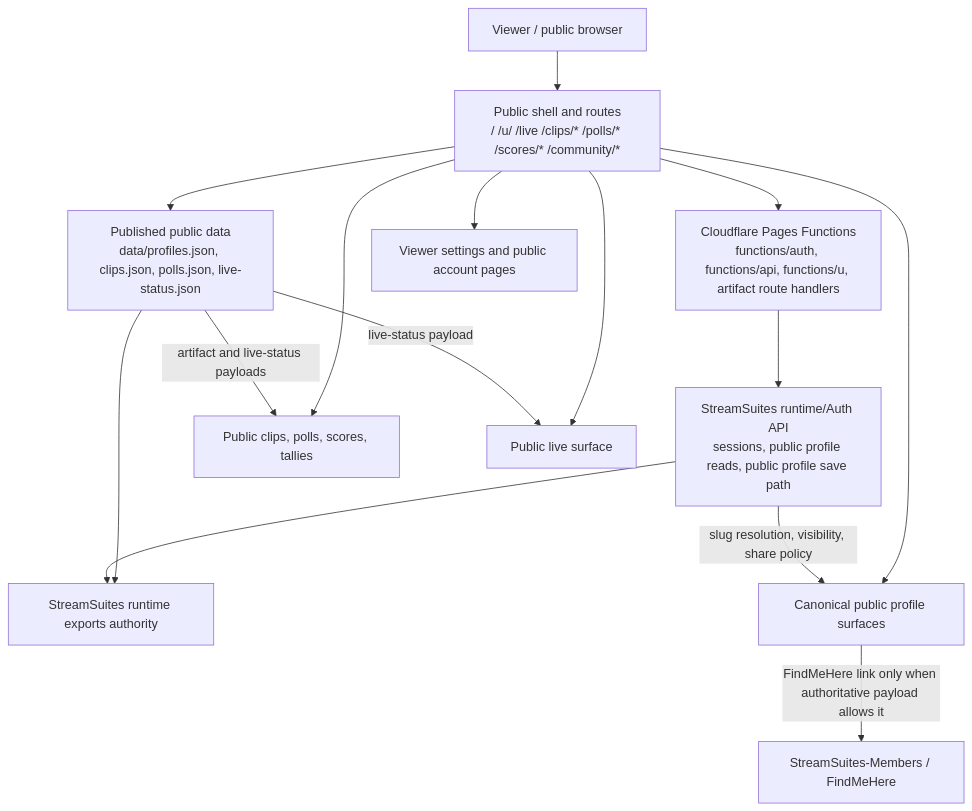
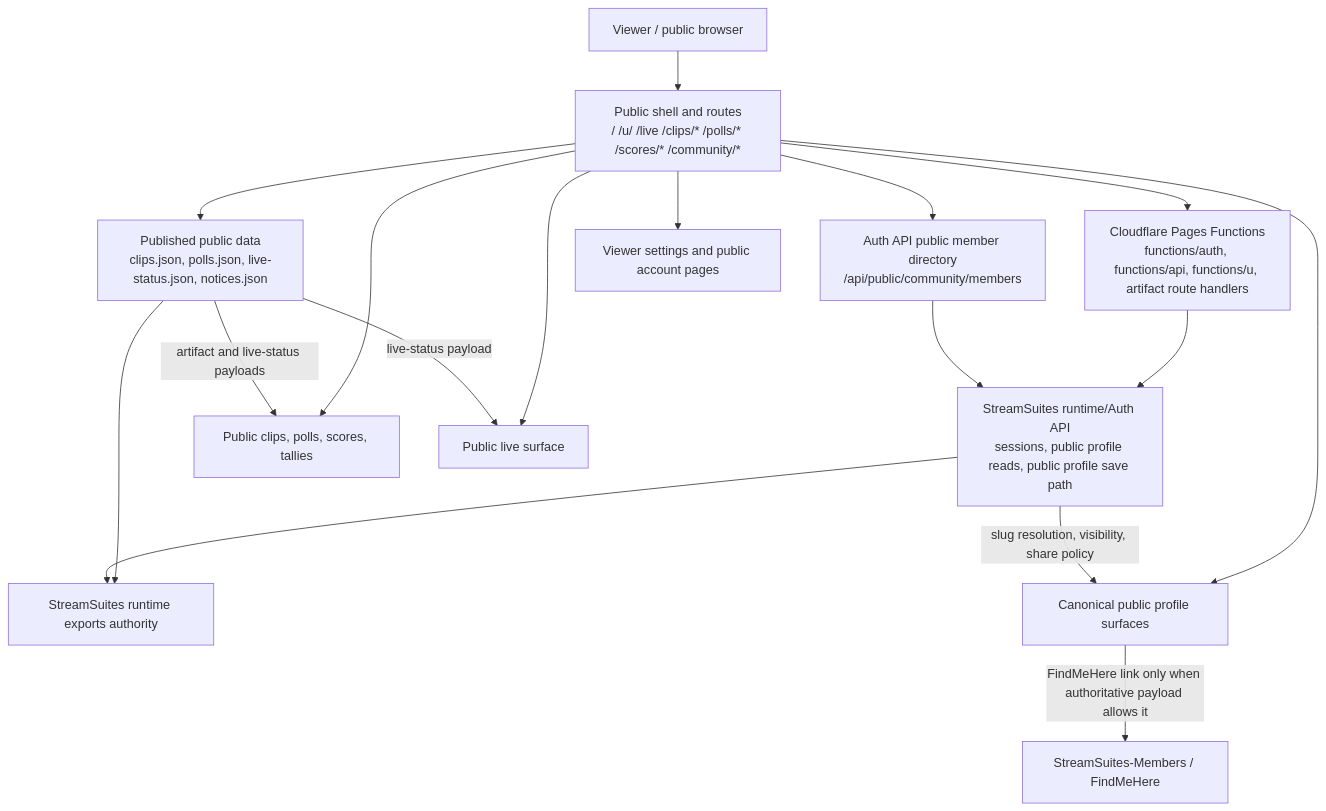
One commit to BSMediaGroup/StreamSuites-Public changed the diagram in README.md. Above: the diagram before and after it, drawn with Mermaid. The commit also changed other lines of this file and 5 other files, not shown here.

First line of the commit message:
Hydrate real community member lists on public pages

````diff
--- a/README.md
+++ b/README.md
@@ -20,20 +20,22 @@
 ```mermaid
 flowchart TD
     Viewer["Viewer / public browser"] --> Shell["Public shell and routes<br/>/ /u/<slug> /live /clips/* /polls/* /scores/* /community/*"]
     Shell --> Functions["Cloudflare Pages Functions<br/>functions/auth, functions/api, functions/u, artifact route handlers"]
-    Shell --> Data["Published public data<br/>data/profiles.json, clips.json, polls.json, live-status.json"]
+    Shell --> Data["Published public data<br/>clips.json, polls.json, live-status.json, notices.json"]
+    Shell --> AuthDirectory["Auth API public member directory<br/>/api/public/community/members"]
 
     Functions --> Auth["StreamSuites runtime/Auth API<br/>sessions, public profile reads, public profile save path"]
     Data --> Runtime["StreamSuites runtime exports authority"]
+    AuthDirectory --> Auth
     Auth --> Runtime
 
     Shell --> Profiles["Canonical public profile surfaces"]
     Shell --> Artifacts["Public clips, polls, scores, tallies"]
     Shell --> Community["Viewer settings and public account pages"]
     Shell --> Live["Public live surface"]
 
     Auth -->|slug resolution, visibility, share policy| Profiles
     Data -->|artifact and live-status payloads| Artifacts
     Data -->|live-status payload| Live
     Profiles -->|FindMeHere link only when authoritative payload allows it| Members["StreamSuites-Members / FindMeHere"]
 ```
````
